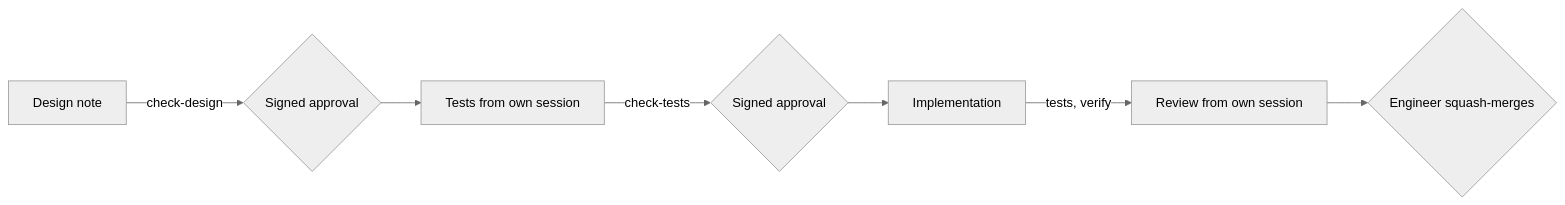
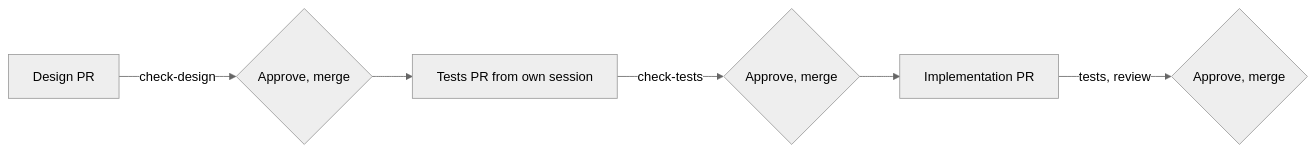
Before and after one commit to HannesT117/software-factory: the diagram in docs/increments/02-trust-core/design.md, drawn with Mermaid (neutral theme). The commit also changed other lines of this file and 3 other files, not shown here.

````diff
--- a/docs/increments/02-trust-core/design.md
+++ b/docs/increments/02-trust-core/design.md
@@ -22,9 +21,8 @@
 ```mermaid
 flowchart LR
-  A[Design note] -->|check-design| B{Signed approval}
-  B --> C[Tests from own session]
-  C -->|check-tests| D{Signed approval}
-  D --> E[Implementation]
-  E -->|tests, verify| F[Review from own session]
-  F --> G{Engineer squash-merges}
+  A[Design PR] -->|check-design| B{Approve, merge}
+  B --> C[Tests PR from own session]
+  C -->|check-tests| D{Approve, merge}
+  D --> E[Implementation PR]
+  E -->|tests, review| F{Approve, merge}
 ```
````
